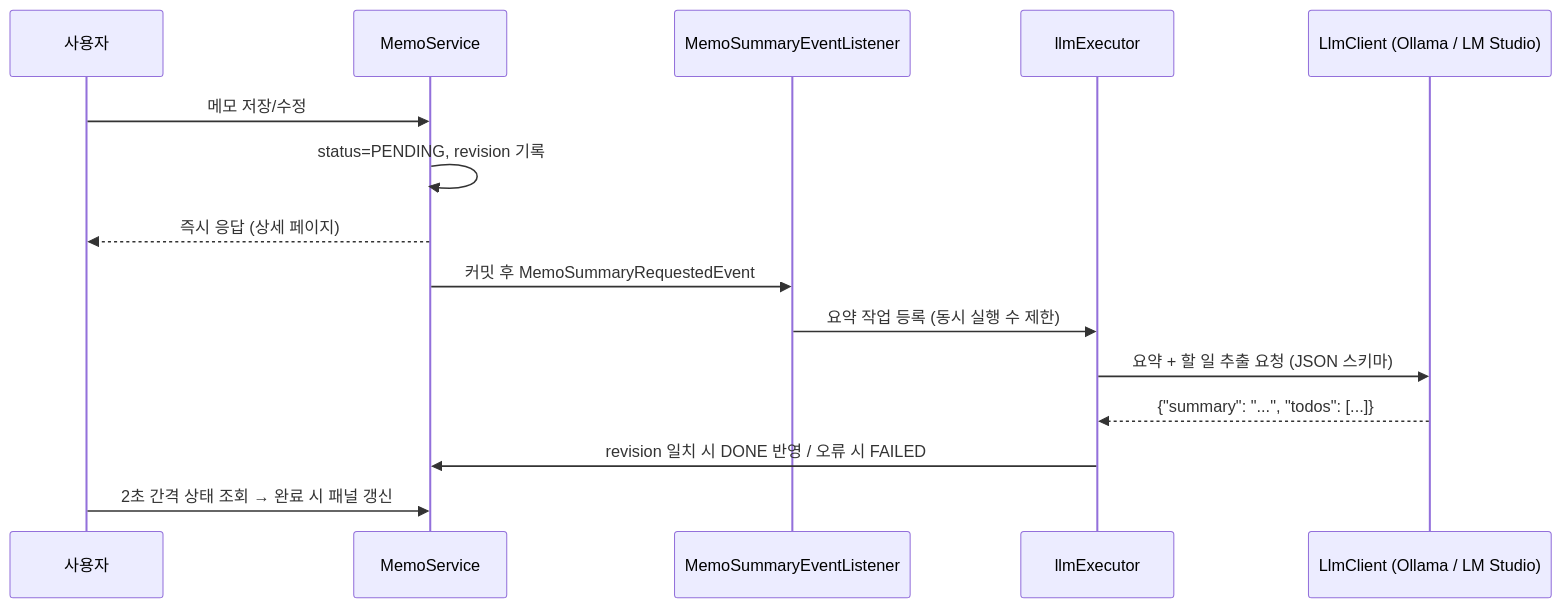
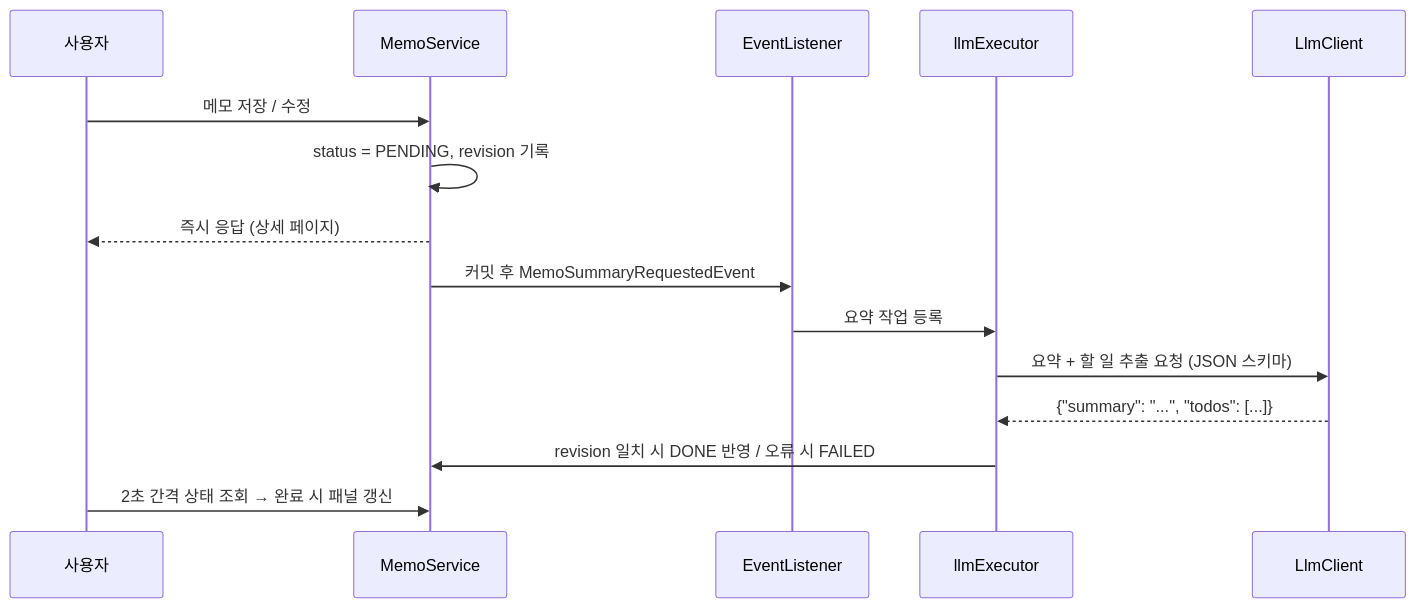
One commit to Hasegos/coding-test-project changed the second of 3 diagrams in README.md. Above: the diagram before and after it, drawn with Mermaid. The commit also changed other lines of this file, not shown here.

````diff
--- a/README.md
+++ b/README.md
@@ -23,17 +133,17 @@
 ```mermaid
 sequenceDiagram
     participant U as 사용자
     participant S as MemoService
-    participant L as MemoSummaryEventListener
+    participant L as EventListener
     participant E as llmExecutor
-    participant M as LlmClient (Ollama / LM Studio)
-    U->>S: 메모 저장/수정
-    S->>S: status=PENDING, revision 기록
+    participant M as LlmClient
+    U->>S: 메모 저장 / 수정
+    S->>S: status = PENDING, revision 기록
     S-->>U: 즉시 응답 (상세 페이지)
     S->>L: 커밋 후 MemoSummaryRequestedEvent
-    L->>E: 요약 작업 등록 (동시 실행 수 제한)
+    L->>E: 요약 작업 등록
     E->>M: 요약 + 할 일 추출 요청 (JSON 스키마)
     M-->>E: {"summary": "...", "todos": [...]}
     E->>S: revision 일치 시 DONE 반영 / 오류 시 FAILED
     U->>S: 2초 간격 상태 조회 → 완료 시 패널 갱신
 ```
````
